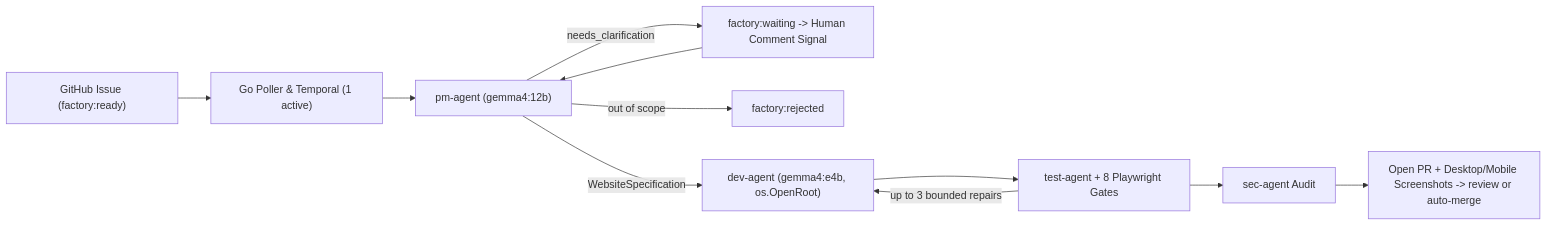
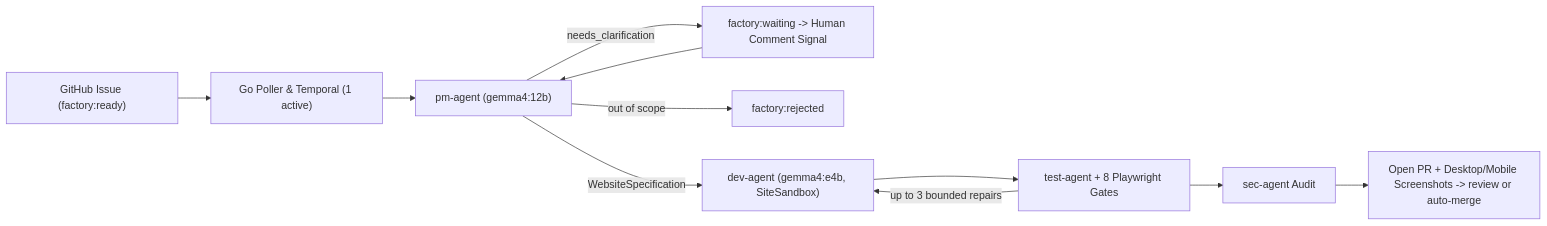
The diagram in README.md (barbarosydev/ai-factory), drawn with Mermaid before and after one commit. The commit also changed other lines of this file and 60 other files, not shown here.

````diff
--- a/README.md
+++ b/README.md
@@ -7,13 +7,13 @@
 ```mermaid
 flowchart LR
   ISS["GitHub Issue (factory:ready)"] --> POLL["Go Poller & Temporal (1 active)"]
   POLL --> PM["pm-agent (gemma4:12b)"]
   PM -->|needs_clarification| WAIT["factory:waiting -> Human Comment Signal"]
   WAIT --> PM
   PM -->|out of scope| REJ["factory:rejected"]
-  PM -->|WebsiteSpecification| DEV["dev-agent (gemma4:e4b, os.OpenRoot)"]
+  PM -->|WebsiteSpecification| DEV["dev-agent (gemma4:e4b, SiteSandbox)"]
   DEV --> TEST["test-agent + 8 Playwright Gates"]
   TEST -->|up to 3 bounded repairs| DEV
   TEST --> SEC["sec-agent Audit"]
   SEC --> PR["Open PR + Desktop/Mobile Screenshots -> review or auto-merge"]
 ```
````
